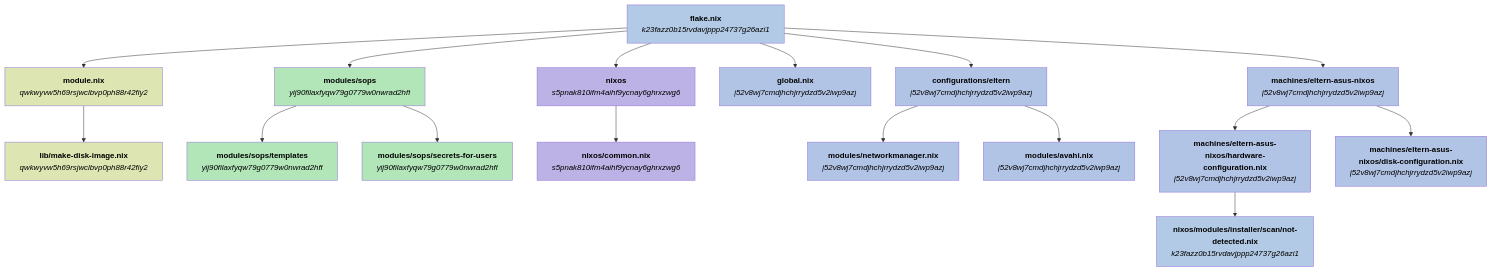
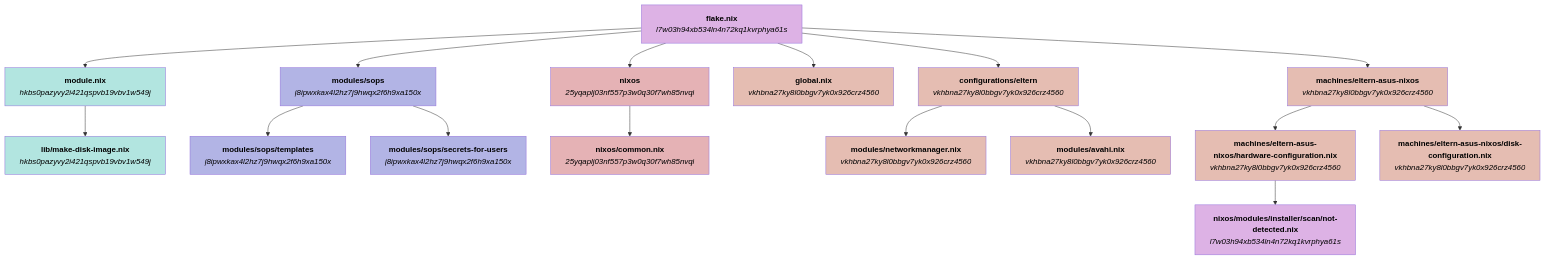
Before and after one commit to welles/nixos-config: the first of 6 diagrams in GRAPHS.md, drawn with Mermaid. The commit also changed other lines of this file, not shown here.

Commit message:
Update configuration graphs file

````diff
--- a/GRAPHS.md
+++ b/GRAPHS.md
@@ -5,82 +5,82 @@
 ```mermaid
 flowchart TD
-    nk23fazz0b15rvdavjppp24737g26azi1_flake_nix["`**flake.nix**
+    nl7w03h94xb534ln4n72kq1kvrphya61s_flake_nix["`**flake.nix**
 
-_k23fazz0b15rvdavjppp24737g26azi1_`"]
-    nqwkwyvw5h69rsjwclbvp0ph88r42fiy2_module_nix["`**module.nix**
+_l7w03h94xb534ln4n72kq1kvrphya61s_`"]
+    nhkbs0pazyvy2i421qspvb19vbv1w549j_module_nix["`**module.nix**
 
-_qwkwyvw5h69rsjwclbvp0ph88r42fiy2_`"]
-    nqwkwyvw5h69rsjwclbvp0ph88r42fiy2_lib_make_disk_image_nix["`**lib/make-disk-image.nix**
+_hkbs0pazyvy2i421qspvb19vbv1w549j_`"]
+    nhkbs0pazyvy2i421qspvb19vbv1w549j_lib_make_disk_image_nix["`**lib/make-disk-image.nix**
 
-_qwkwyvw5h69rsjwclbvp0ph88r42fiy2_`"]
-    nyij90filaxfyqw79g0779w0nwrad2hff_modules_sops["`**modules/sops**
+_hkbs0pazyvy2i421qspvb19vbv1w549j_`"]
+    nj8ipwxkax4l2hz7j9hwqx2f6h9xa150x_modules_sops["`**modules/sops**
 
-_yij90filaxfyqw79g0779w0nwrad2hff_`"]
-    nyij90filaxfyqw79g0779w0nwrad2hff_modules_sops_templates["`**modules/sops/templates**
+_j8ipwxkax4l2hz7j9hwqx2f6h9xa150x_`"]
+    nj8ipwxkax4l2hz7j9hwqx2f6h9xa150x_modules_sops_templates["`**modules/sops/templates**
 
-_yij90filaxfyqw79g0779w0nwrad2hff_`"]
-    nyij90filaxfyqw79g0779w0nwrad2hff_modules_sops_secrets_for_users["`**modules/sops/secrets-for-users**
+_j8ipwxkax4l2hz7j9hwqx2f6h9xa150x_`"]
+    nj8ipwxkax4l2hz7j9hwqx2f6h9xa150x_modules_sops_secrets_for_users["`**modules/sops/secrets-for-users**
 
-_yij90filaxfyqw79g0779w0nwrad2hff_`"]
-    ns5pnak810ifm4aihf9ycnay6ghrxzwg6_nixos["`**nixos**
+_j8ipwxkax4l2hz7j9hwqx2f6h9xa150x_`"]
+    n25yqaplj03nf557p3w0q30f7wh85nvql_nixos["`**nixos**
 
-_s5pnak810ifm4aihf9ycnay6ghrxzwg6_`"]
-    ns5pnak810ifm4aihf9ycnay6ghrxzwg6_nixos_common_nix["`**nixos/common.nix**
+_25yqaplj03nf557p3w0q30f7wh85nvql_`"]
+    n25yqaplj03nf557p3w0q30f7wh85nvql_nixos_common_nix["`**nixos/common.nix**
 
-_s5pnak810ifm4aihf9ycnay6ghrxzwg6_`"]
-    nj52v8wj7cmdjhchjrrydzd5v2iwp9azj_global_nix["`**global.nix**
+_25yqaplj03nf557p3w0q30f7wh85nvql_`"]
+    nvkhbna27ky8l0bbgv7yk0x926crz4560_global_nix["`**global.nix**
 
-_j52v8wj7cmdjhchjrrydzd5v2iwp9azj_`"]
-    nj52v8wj7cmdjhchjrrydzd5v2iwp9azj_configurations_eltern["`**configurations/eltern**
+_vkhbna27ky8l0bbgv7yk0x926crz4560_`"]
+    nvkhbna27ky8l0bbgv7yk0x926crz4560_configurations_eltern["`**configurations/eltern**
 
-_j52v8wj7cmdjhchjrrydzd5v2iwp9azj_`"]
-    nj52v8wj7cmdjhchjrrydzd5v2iwp9azj_modules_networkmanager_nix["`**modules/networkmanager.nix**
+_vkhbna27ky8l0bbgv7yk0x926crz4560_`"]
+    nvkhbna27ky8l0bbgv7yk0x926crz4560_modules_networkmanager_nix["`**modules/networkmanager.nix**
 
-_j52v8wj7cmdjhchjrrydzd5v2iwp9azj_`"]
-    nj52v8wj7cmdjhchjrrydzd5v2iwp9azj_modules_avahi_nix["`**modules/avahi.nix**
+_vkhbna27ky8l0bbgv7yk0x926crz4560_`"]
+    nvkhbna27ky8l0bbgv7yk0x926crz4560_modules_avahi_nix["`**modules/avahi.nix**
 
-_j52v8wj7cmdjhchjrrydzd5v2iwp9azj_`"]
-    nj52v8wj7cmdjhchjrrydzd5v2iwp9azj_machines_eltern_asus_nixos["`**machines/eltern-asus-nixos**
+_vkhbna27ky8l0bbgv7yk0x926crz4560_`"]
+    nvkhbna27ky8l0bbgv7yk0x926crz4560_machines_eltern_asus_nixos["`**machines/eltern-asus-nixos**
 
-_j52v8wj7cmdjhchjrrydzd5v2iwp9azj_`"]
-    nj52v8wj7cmdjhchjrrydzd5v2iwp9azj_machines_eltern_asus_nixos_hardware_configuration_nix["`**machines/eltern-asus-nixos/hardware-configuration.nix**
+_vkhbna27ky8l0bbgv7yk0x926crz4560_`"]
+    nvkhbna27ky8l0bbgv7yk0x926crz4560_machines_eltern_asus_nixos_hardware_configuration_nix["`**machines/eltern-asus-nixos/hardware-configuration.nix**
 
-_j52v8wj7cmdjhchjrrydzd5v2iwp9azj_`"]
-    nk23fazz0b15rvdavjppp24737g26azi1_nixos_modules_installer_scan_not_detected_nix["`**nixos/modules/installer/scan/not-detected.nix**
+_vkhbna27ky8l0bbgv7yk0x926crz4560_`"]
+    nl7w03h94xb534ln4n72kq1kvrphya61s_nixos_modules_installer_scan_not_detected_nix["`**nixos/modules/installer/scan/not-detected.nix**
 
-_k23fazz0b15rvdavjppp24737g26azi1_`"]
-    nj52v8wj7cmdjhchjrrydzd5v2iwp9azj_machines_eltern_asus_nixos_disk_configuration_nix["`**machines/eltern-asus-nixos/disk-configuration.nix**
+_l7w03h94xb534ln4n72kq1kvrphya61s_`"]
+    nvkhbna27ky8l0bbgv7yk0x926crz4560_machines_eltern_asus_nixos_disk_configuration_nix["`**machines/eltern-asus-nixos/disk-configuration.nix**
 
-_j52v8wj7cmdjhchjrrydzd5v2iwp9azj_`"]
-    nk23fazz0b15rvdavjppp24737g26azi1_flake_nix --> nqwkwyvw5h69rsjwclbvp0ph88r42fiy2_module_nix
-    nk23fazz0b15rvdavjppp24737g26azi1_flake_nix --> nyij90filaxfyqw79g0779w0nwrad2hff_modules_sops
-    nk23fazz0b15rvdavjppp24737g26azi1_flake_nix --> ns5pnak810ifm4aihf9ycnay6ghrxzwg6_nixos
-    nk23fazz0b15rvdavjppp24737g26azi1_flake_nix --> nj52v8wj7cmdjhchjrrydzd5v2iwp9azj_global_nix
-    nk23fazz0b15rvdavjppp24737g26azi1_flake_nix --> nj52v8wj7cmdjhchjrrydzd5v2iwp9azj_configurations_eltern
-    nk23fazz0b15rvdavjppp24737g26azi1_flake_nix --> nj52v8wj7cmdjhchjrrydzd5v2iwp9azj_machines_eltern_asus_nixos
-    nqwkwyvw5h69rsjwclbvp0ph88r42fiy2_module_nix --> nqwkwyvw5h69rsjwclbvp0ph88r42fiy2_lib_make_disk_image_nix
-    nyij90filaxfyqw79g0779w0nwrad2hff_modules_sops --> nyij90filaxfyqw79g0779w0nwrad2hff_modules_sops_templates
-    nyij90filaxfyqw79g0779w0nwrad2hff_modules_sops --> nyij90filaxfyqw79g0779w0nwrad2hff_modules_sops_secrets_for_users
-    ns5pnak810ifm4aihf9ycnay6ghrxzwg6_nixos --> ns5pnak810ifm4aihf9ycnay6ghrxzwg6_nixos_common_nix
-    nj52v8wj7cmdjhchjrrydzd5v2iwp9azj_configurations_eltern --> nj52v8wj7cmdjhchjrrydzd5v2iwp9azj_modules_networkmanager_nix
-    nj52v8wj7cmdjhchjrrydzd5v2iwp9azj_configurations_eltern --> nj52v8wj7cmdjhchjrrydzd5v2iwp9azj_modules_avahi_nix
-    nj52v8wj7cmdjhchjrrydzd5v2iwp9azj_machines_eltern_asus_nixos --> nj52v8wj7cmdjhchjrrydzd5v2iwp9azj_machines_eltern_asus_nixos_hardware_configuration_nix
-    nj52v8wj7cmdjhchjrrydzd5v2iwp9azj_machines_eltern_asus_nixos --> nj52v8wj7cmdjhchjrrydzd5v2iwp9azj_machines_eltern_asus_nixos_disk_configuration_nix
-    nj52v8wj7cmdjhchjrrydzd5v2iwp9azj_machines_eltern_asus_nixos_hardware_configuration_nix --> nk23fazz0b15rvdavjppp24737g26azi1_nixos_modules_installer_scan_not_detected_nix
-    style nk23fazz0b15rvdavjppp24737g26azi1_flake_nix fill:#b2cae5,color:#000000
-    style nqwkwyvw5h69rsjwclbvp0ph88r42fiy2_module_nix fill:#dde5b2,color:#000000
-    style nqwkwyvw5h69rsjwclbvp0ph88r42fiy2_lib_make_disk_image_nix fill:#dde5b2,color:#000000
-    style nyij90filaxfyqw79g0779w0nwrad2hff_modules_sops fill:#b2e5b8,color:#000000
-    style nyij90filaxfyqw79g0779w0nwrad2hff_modules_sops_templates fill:#b2e5b8,color:#000000
-    style nyij90filaxfyqw79g0779w0nwrad2hff_modules_sops_secrets_for_users fill:#b2e5b8,color:#000000
-    style ns5pnak810ifm4aihf9ycnay6ghrxzwg6_nixos fill:#bdb2e5,color:#000000
-    style ns5pnak810ifm4aihf9ycnay6ghrxzwg6_nixos_common_nix fill:#bdb2e5,color:#000000
-    style nj52v8wj7cmdjhchjrrydzd5v2iwp9azj_global_nix fill:#b2c4e5,color:#000000
-    style nj52v8wj7cmdjhchjrrydzd5v2iwp9azj_configurations_eltern fill:#b2c4e5,color:#000000
-    style nj52v8wj7cmdjhchjrrydzd5v2iwp9azj_modules_networkmanager_nix fill:#b2c4e5,color:#000000
-    style nj52v8wj7cmdjhchjrrydzd5v2iwp9azj_modules_avahi_nix fill:#b2c4e5,color:#000000
-    style nj52v8wj7cmdjhchjrrydzd5v2iwp9azj_machines_eltern_asus_nixos fill:#b2c4e5,color:#000000
-    style nj52v8wj7cmdjhchjrrydzd5v2iwp9azj_machines_eltern_asus_nixos_hardware_configuration_nix fill:#b2c4e5,color:#000000
-    style nk23fazz0b15rvdavjppp24737g26azi1_nixos_modules_installer_scan_not_detected_nix fill:#b2cae5,color:#000000
-    style nj52v8wj7cmdjhchjrrydzd5v2iwp9azj_machines_eltern_asus_nixos_disk_configuration_nix fill:#b2c4e5,color:#000000
+_vkhbna27ky8l0bbgv7yk0x926crz4560_`"]
+    nl7w03h94xb534ln4n72kq1kvrphya61s_flake_nix --> nhkbs0pazyvy2i421qspvb19vbv1w549j_module_nix
+    nl7w03h94xb534ln4n72kq1kvrphya61s_flake_nix --> nj8ipwxkax4l2hz7j9hwqx2f6h9xa150x_modules_sops
+    nl7w03h94xb534ln4n72kq1kvrphya61s_flake_nix --> n25yqaplj03nf557p3w0q30f7wh85nvql_nixos
+    nl7w03h94xb534ln4n72kq1kvrphya61s_flake_nix --> nvkhbna27ky8l0bbgv7yk0x926crz4560_global_nix
+    nl7w03h94xb534ln4n72kq1kvrphya61s_flake_nix --> nvkhbna27ky8l0bbgv7yk0x926crz4560_configurations_eltern
+    nl7w03h94xb534ln4n72kq1kvrphya61s_flake_nix --> nvkhbna27ky8l0bbgv7yk0x926crz4560_machines_eltern_asus_nixos
+    nhkbs0pazyvy2i421qspvb19vbv1w549j_module_nix --> nhkbs0pazyvy2i421qspvb19vbv1w549j_lib_make_disk_image_nix
+    nj8ipwxkax4l2hz7j9hwqx2f6h9xa150x_modules_sops --> nj8ipwxkax4l2hz7j9hwqx2f6h9xa150x_modules_sops_templates
+    nj8ipwxkax4l2hz7j9hwqx2f6h9xa150x_modules_sops --> nj8ipwxkax4l2hz7j9hwqx2f6h9xa150x_modules_sops_secrets_for_users
+    n25yqaplj03nf557p3w0q30f7wh85nvql_nixos --> n25yqaplj03nf557p3w0q30f7wh85nvql_nixos_common_nix
+    nvkhbna27ky8l0bbgv7yk0x926crz4560_configurations_eltern --> nvkhbna27ky8l0bbgv7yk0x926crz4560_modules_networkmanager_nix
+    nvkhbna27ky8l0bbgv7yk0x926crz4560_configurations_eltern --> nvkhbna27ky8l0bbgv7yk0x926crz4560_modules_avahi_nix
+    nvkhbna27ky8l0bbgv7yk0x926crz4560_machines_eltern_asus_nixos --> nvkhbna27ky8l0bbgv7yk0x926crz4560_machines_eltern_asus_nixos_hardware_configuration_nix
+    nvkhbna27ky8l0bbgv7yk0x926crz4560_machines_eltern_asus_nixos --> nvkhbna27ky8l0bbgv7yk0x926crz4560_machines_eltern_asus_nixos_disk_configuration_nix
+    nvkhbna27ky8l0bbgv7yk0x926crz4560_machines_eltern_asus_nixos_hardware_configuration_nix --> nl7w03h94xb534ln4n72kq1kvrphya61s_nixos_modules_installer_scan_not_detected_nix
+    style nl7w03h94xb534ln4n72kq1kvrphya61s_flake_nix fill:#ddb2e5,color:#000000
+    style nhkbs0pazyvy2i421qspvb19vbv1w549j_module_nix fill:#b2e5e0,color:#000000
+    style nhkbs0pazyvy2i421qspvb19vbv1w549j_lib_make_disk_image_nix fill:#b2e5e0,color:#000000
+    style nj8ipwxkax4l2hz7j9hwqx2f6h9xa150x_modules_sops fill:#b2b4e5,color:#000000
+    style nj8ipwxkax4l2hz7j9hwqx2f6h9xa150x_modules_sops_templates fill:#b2b4e5,color:#000000
+    style nj8ipwxkax4l2hz7j9hwqx2f6h9xa150x_modules_sops_secrets_for_users fill:#b2b4e5,color:#000000
+    style n25yqaplj03nf557p3w0q30f7wh85nvql_nixos fill:#e5b2b5,color:#000000
+    style n25yqaplj03nf557p3w0q30f7wh85nvql_nixos_common_nix fill:#e5b2b5,color:#000000
+    style nvkhbna27ky8l0bbgv7yk0x926crz4560_global_nix fill:#e5bdb2,color:#000000
+    style nvkhbna27ky8l0bbgv7yk0x926crz4560_configurations_eltern fill:#e5bdb2,color:#000000
+    style nvkhbna27ky8l0bbgv7yk0x926crz4560_modules_networkmanager_nix fill:#e5bdb2,color:#000000
+    style nvkhbna27ky8l0bbgv7yk0x926crz4560_modules_avahi_nix fill:#e5bdb2,color:#000000
+    style nvkhbna27ky8l0bbgv7yk0x926crz4560_machines_eltern_asus_nixos fill:#e5bdb2,color:#000000
+    style nvkhbna27ky8l0bbgv7yk0x926crz4560_machines_eltern_asus_nixos_hardware_configuration_nix fill:#e5bdb2,color:#000000
+    style nl7w03h94xb534ln4n72kq1kvrphya61s_nixos_modules_installer_scan_not_detected_nix fill:#ddb2e5,color:#000000
+    style nvkhbna27ky8l0bbgv7yk0x926crz4560_machines_eltern_asus_nixos_disk_configuration_nix fill:#e5bdb2,color:#000000
 ```
````
